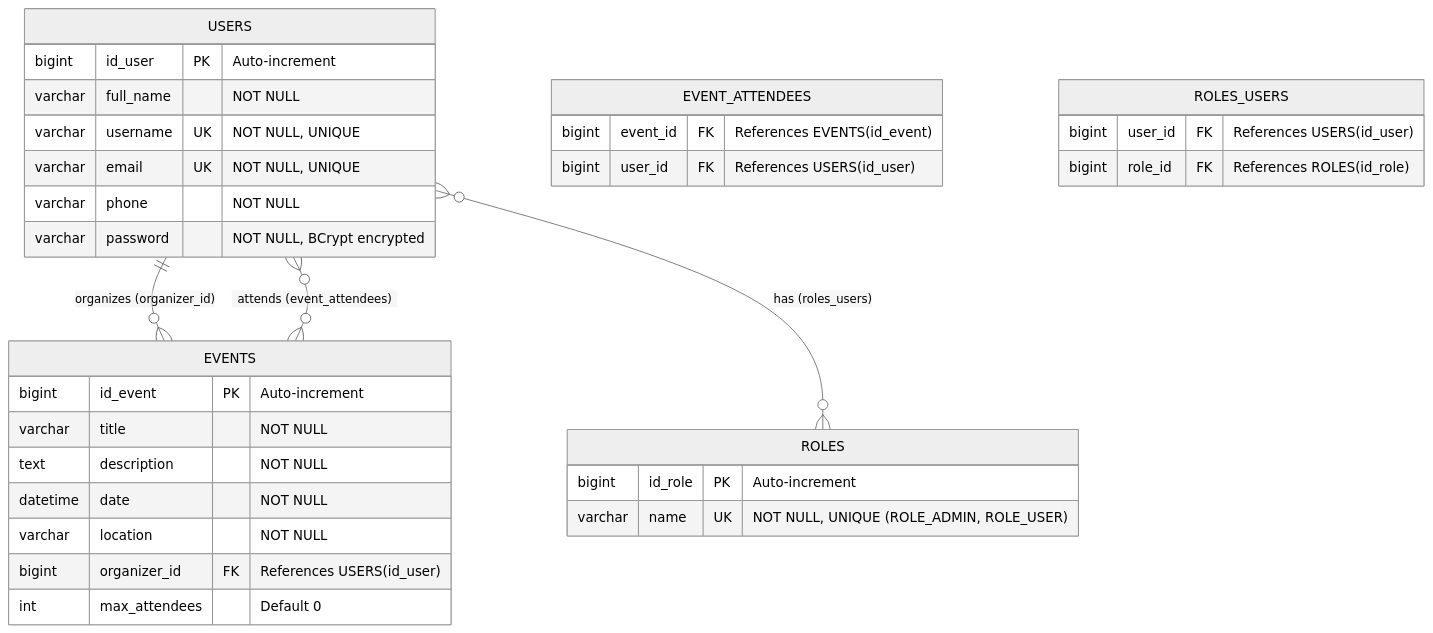
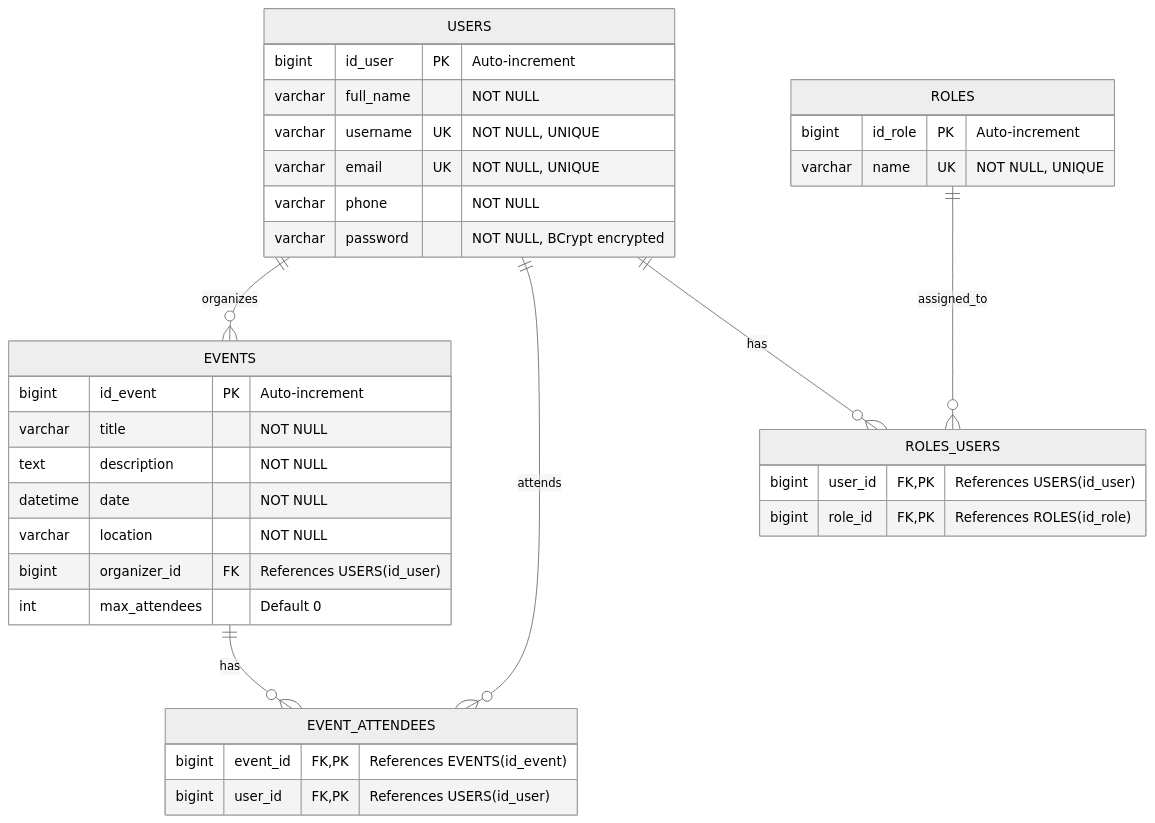
One commit to saulOMgit/GijonEventosBackend changed the diagram in README.md. Above: the diagram before and after it, drawn with Mermaid (neutral theme).

Commit message:
Refactor database schema in README.md

````diff
--- a/README.md
+++ b/README.md
@@ -162,40 +162,42 @@
 ```mermaid
 erDiagram
-    USERS ||--o{ EVENTS : "organizes (organizer_id)"
-    USERS }o--o{ EVENTS : "attends (event_attendees)"
-    USERS }o--o{ ROLES : "has (roles_users)"
+    USERS ||--o{ EVENTS : "organizes"
+    USERS ||--o{ EVENT_ATTENDEES : "attends"
+    EVENTS ||--o{ EVENT_ATTENDEES : "has"
+    USERS ||--o{ ROLES_USERS : "has"
+    ROLES ||--o{ ROLES_USERS : "assigned_to"
     
     USERS {
         bigint id_user PK "Auto-increment"
         varchar full_name "NOT NULL"
         varchar username UK "NOT NULL, UNIQUE"
         varchar email UK "NOT NULL, UNIQUE"
         varchar phone "NOT NULL"
         varchar password "NOT NULL, BCrypt encrypted"
     }
     
     ROLES {
         bigint id_role PK "Auto-increment"
-        varchar name UK "NOT NULL, UNIQUE (ROLE_ADMIN, ROLE_USER)"
+        varchar name UK "NOT NULL, UNIQUE"
     }
     
     EVENTS {
         bigint id_event PK "Auto-increment"
         varchar title "NOT NULL"
         text description "NOT NULL"
         datetime date "NOT NULL"
         varchar location "NOT NULL"
         bigint organizer_id FK "References USERS(id_user)"
         int max_attendees "Default 0"
     }
     
     EVENT_ATTENDEES {
-        bigint event_id FK "References EVENTS(id_event)"
-        bigint user_id FK "References USERS(id_user)"
+        bigint event_id FK,PK "References EVENTS(id_event)"
+        bigint user_id FK,PK "References USERS(id_user)"
     }
     
     ROLES_USERS {
-        bigint user_id FK "References USERS(id_user)"
-        bigint role_id FK "References ROLES(id_role)"
+        bigint user_id FK,PK "References USERS(id_user)"
+        bigint role_id FK,PK "References ROLES(id_role)"
     }
 ```
````
